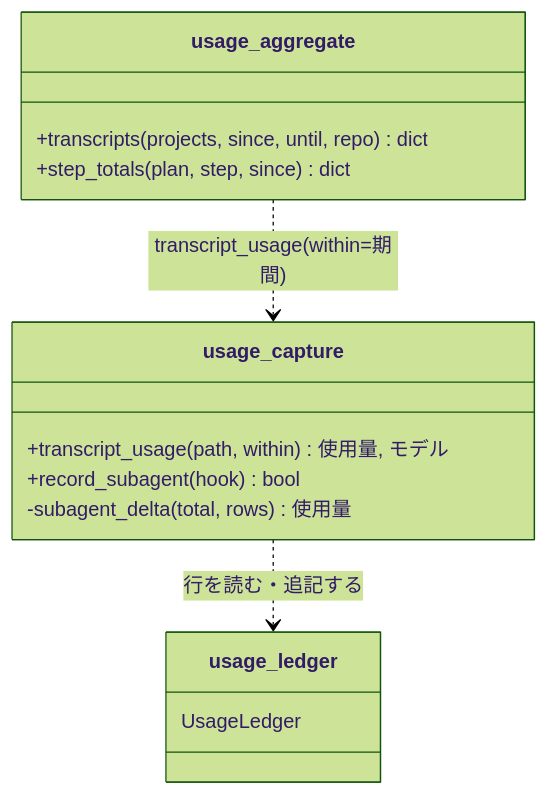
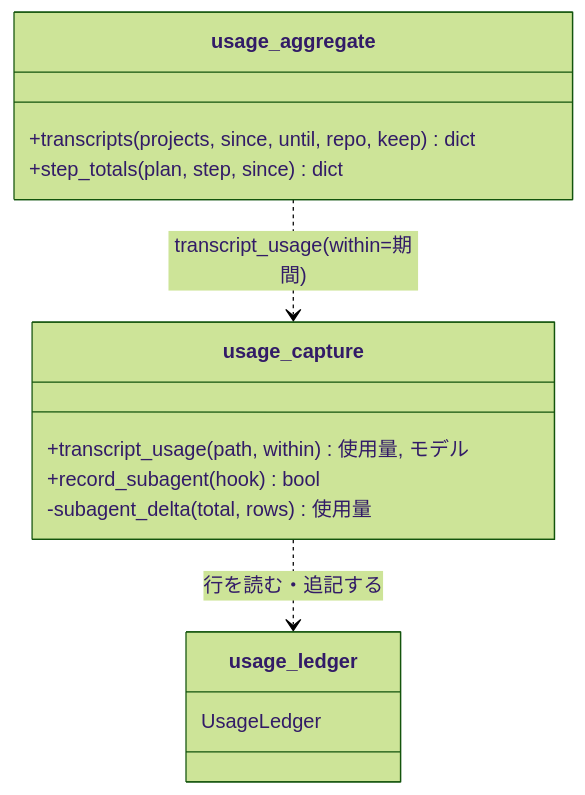
Before and after one commit to devbasex/ai-plugins: the second of 5 diagrams in issues/issue-1979-design.md, drawn with Mermaid (forest theme). The commit also changed other lines of this file, not shown here.

````diff
--- a/issues/issue-1979-design.md
+++ b/issues/issue-1979-design.md
@@ -146,17 +146,17 @@
 ```mermaid
 classDiagram
     class usage_capture {
         +transcript_usage(path, within) 使用量, モデル
         +record_subagent(hook) bool
         -subagent_delta(total, rows) 使用量
     }
     class usage_aggregate {
-        +transcripts(projects, since, until, repo) dict
+        +transcripts(projects, since, until, repo, keep) dict
         +step_totals(plan, step, since) dict
     }
     class usage_ledger {
         UsageLedger
     }
     usage_aggregate ..> usage_capture : transcript_usage(within=期間)
     usage_capture ..> usage_ledger : 行を読む・追記する
 ```
````
